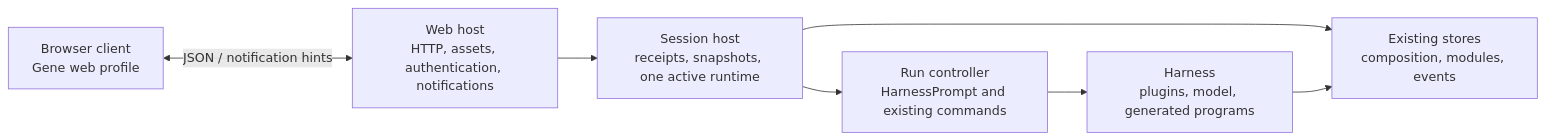
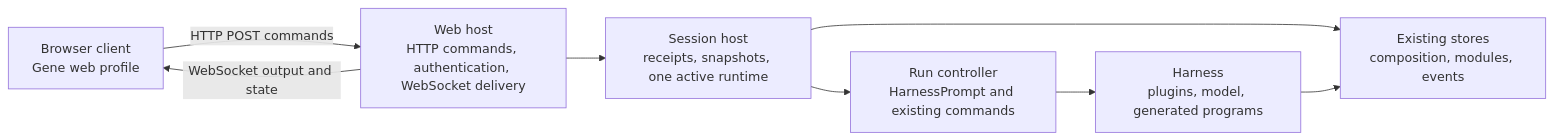
One commit to gene-lang/gene-new changed the first of 2 diagrams in examples/gene-harness/docs/web-client.md. Above: the diagram before and after it, drawn with Mermaid. The commit also changed other lines of this file and 11 other files, not shown here.

Commit message:
feat(harness): push live updates over WebSocket

````diff
--- a/examples/gene-harness/docs/web-client.md
+++ b/examples/gene-harness/docs/web-client.md
@@ -51,15 +51,16 @@
 ```mermaid
 flowchart LR
     Browser["Browser client\nGene web profile"]
-    Transport["Web host\nHTTP, assets, authentication, notifications"]
+    Transport["Web host\nHTTP commands, authentication, WebSocket delivery"]
     Sessions["Session host\nreceipts, snapshots, one active runtime"]
     Execution["Run controller\nHarnessPrompt and existing commands"]
     Runtime["Harness\nplugins, model, generated programs"]
     Stores["Existing stores\ncomposition, modules, events"]
-    Browser <-->|"JSON / notification hints"| Transport
+    Browser -->|"HTTP POST commands"| Transport
+    Transport -->|"WebSocket output and state"| Browser
     Transport --> Sessions
     Sessions --> Execution
     Execution --> Runtime
     Sessions --> Stores
     Runtime --> Stores
 ```
````
